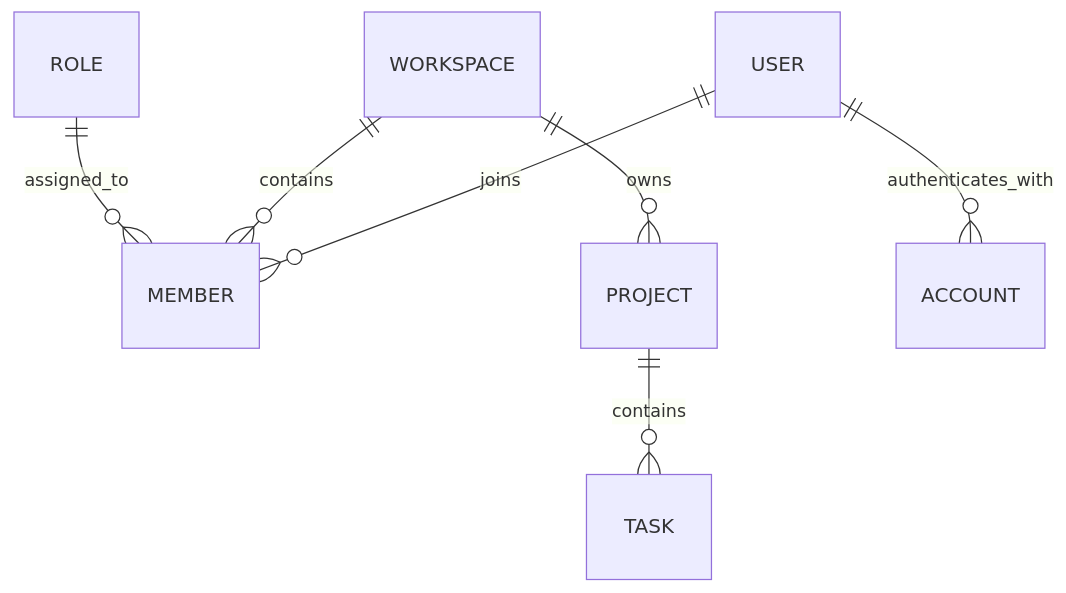
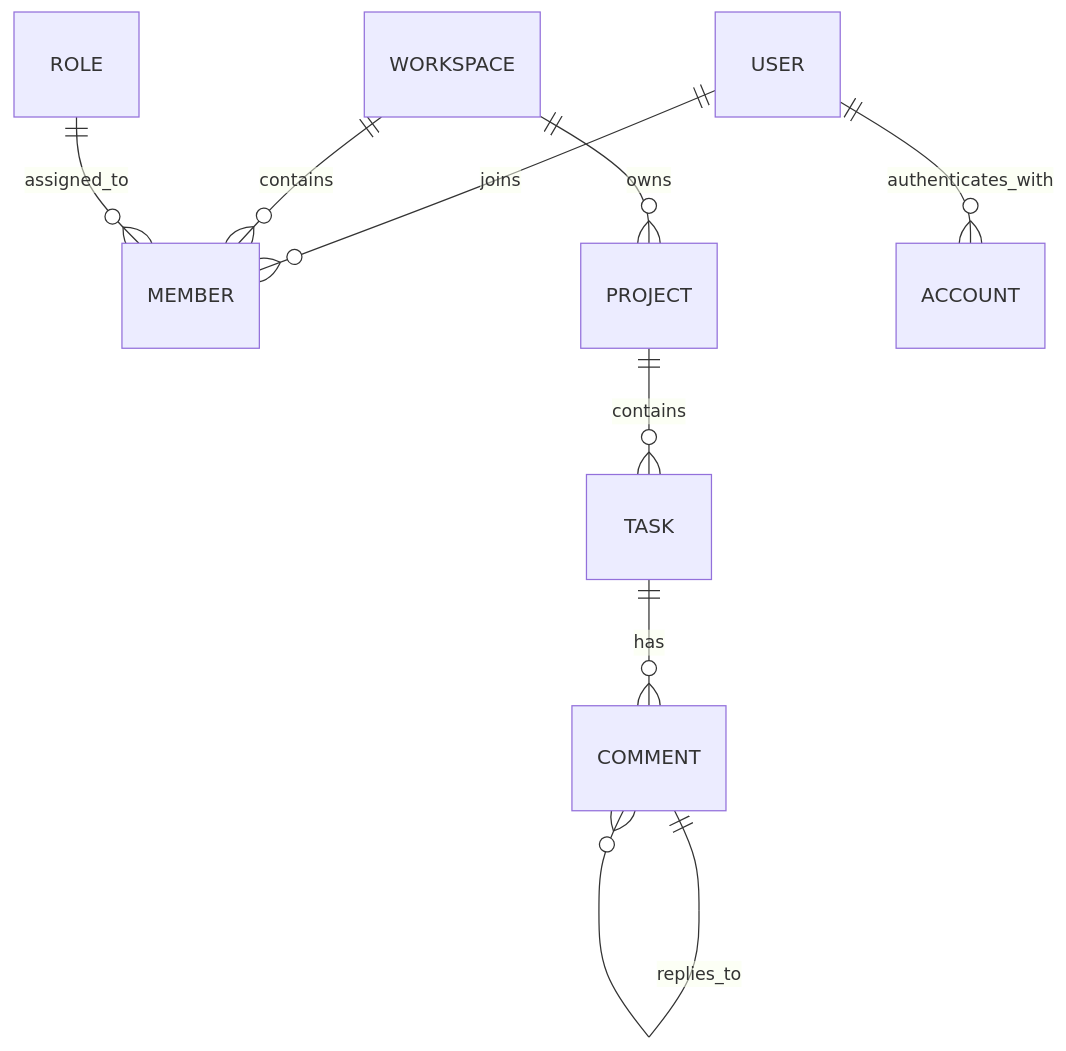
Before and after one commit to ranajitKarmakar631/TeamNova: the second of 3 diagrams in ARCHITECTURE.md, drawn with Mermaid. The commit also changed other lines of this file and 36 other files, not shown here.

````diff
--- a/ARCHITECTURE.md
+++ b/ARCHITECTURE.md
@@ -142,9 +143,11 @@
 ```mermaid
 erDiagram
   USER ||--o{ MEMBER : joins
   WORKSPACE ||--o{ MEMBER : contains
   WORKSPACE ||--o{ PROJECT : owns
   PROJECT ||--o{ TASK : contains
+  TASK ||--o{ COMMENT : has
+  COMMENT ||--o{ COMMENT : replies_to
   ROLE ||--o{ MEMBER : assigned_to
   USER ||--o{ ACCOUNT : authenticates_with
 ```
````
